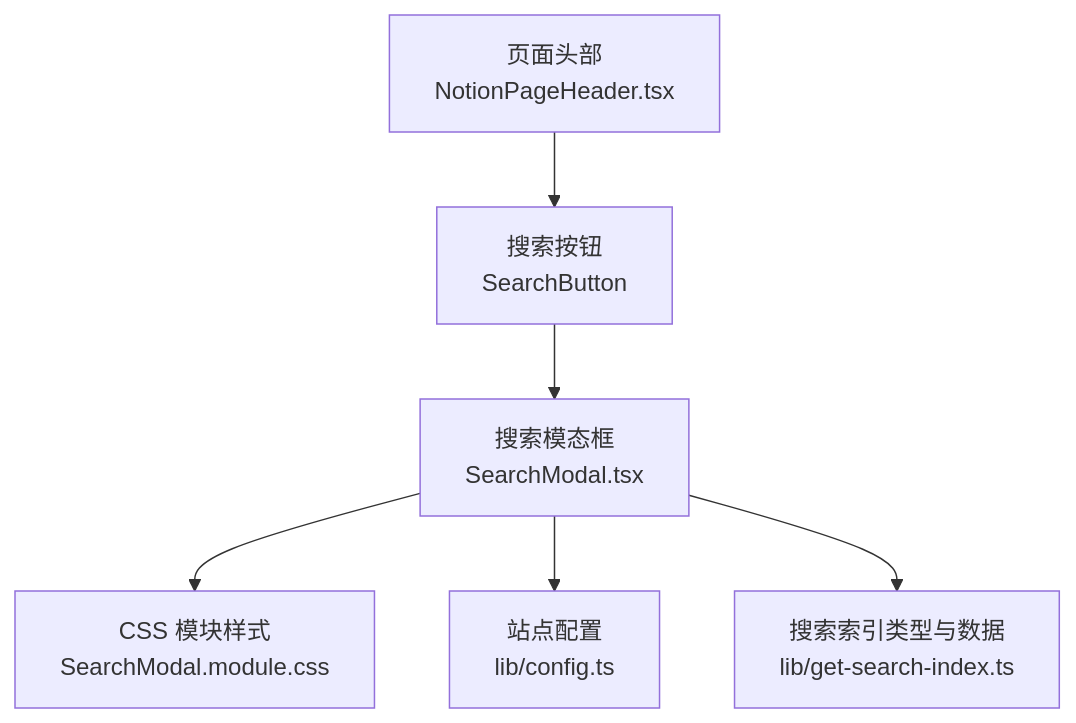
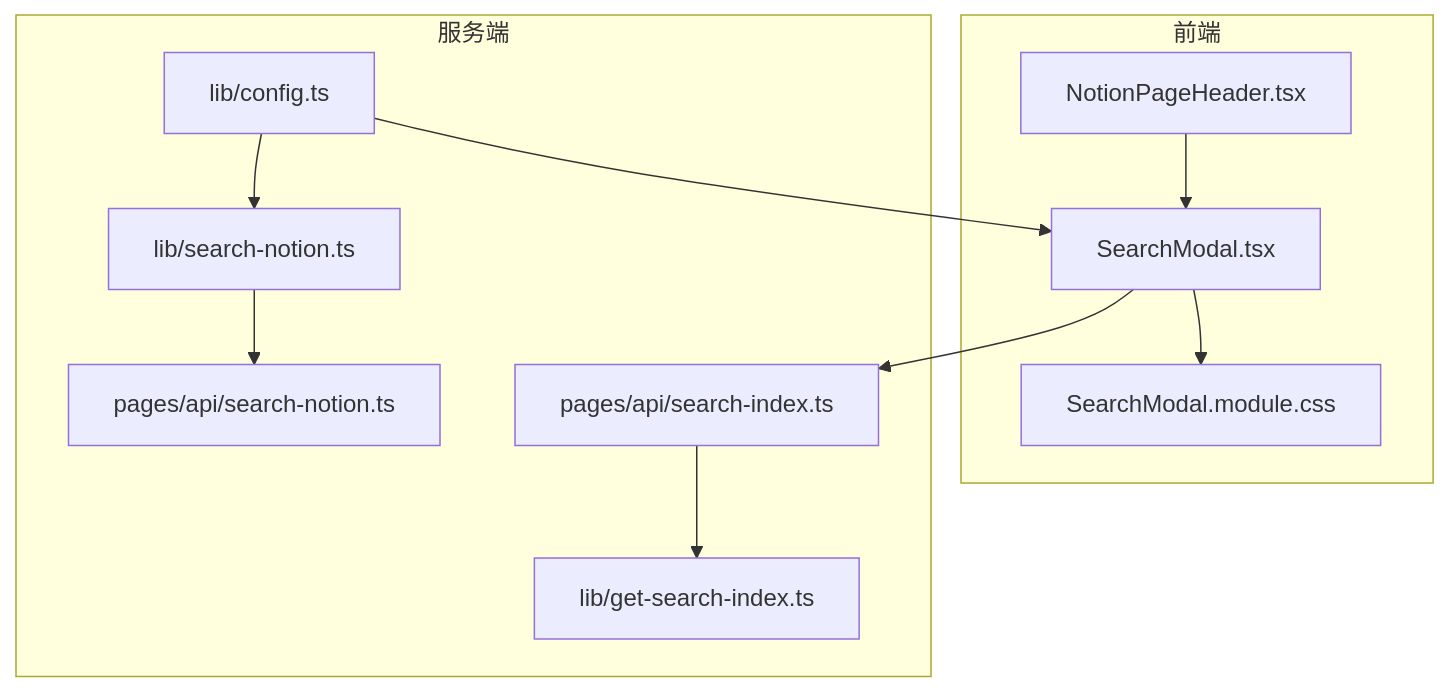
Before and after one commit to PhysicalMouse/nextjs-notion-starter-kit: the first of 5 diagrams in .qoder/repowiki/zh/content/搜索功能/搜索 UI 组件.md, drawn with Mermaid. The commit also changed other lines of this file and 186 other files, not shown here.

````diff
--- a/.qoder/repowiki/zh/content/搜索功能/搜索 UI 组件.md
+++ b/.qoder/repowiki/zh/content/搜索功能/搜索 UI 组件.md
@@ -35,8 +38,22 @@
 ```mermaid
 graph TB
-A["页面头部<br/>NotionPageHeader.tsx"] --> B["搜索按钮<br/>SearchButton"]
-B --> C["搜索模态框<br/>SearchModal.tsx"]
-C --> D["CSS 模块样式<br/>SearchModal.module.css"]
-C --> E["站点配置<br/>lib/config.ts"]
-C --> F["搜索索引类型与数据<br/>lib/get-search-index.ts"]
+subgraph "前端"
+Header["NotionPageHeader.tsx"]
+Modal["SearchModal.tsx"]
+Styles["SearchModal.module.css"]
+end
+subgraph "服务端"
+APIIndex["pages/api/search-index.ts"]
+APISearch["pages/api/search-notion.ts"]
+BuildIndex["lib/get-search-index.ts"]
+SearchLib["lib/search-notion.ts"]
+Config["lib/config.ts"]
+end
+Header --> Modal
+Modal --> Styles
+Modal --> APIIndex
+SearchLib --> APISearch
+APIIndex --> BuildIndex
+Config --> Modal
+Config --> SearchLib
 ```
````
